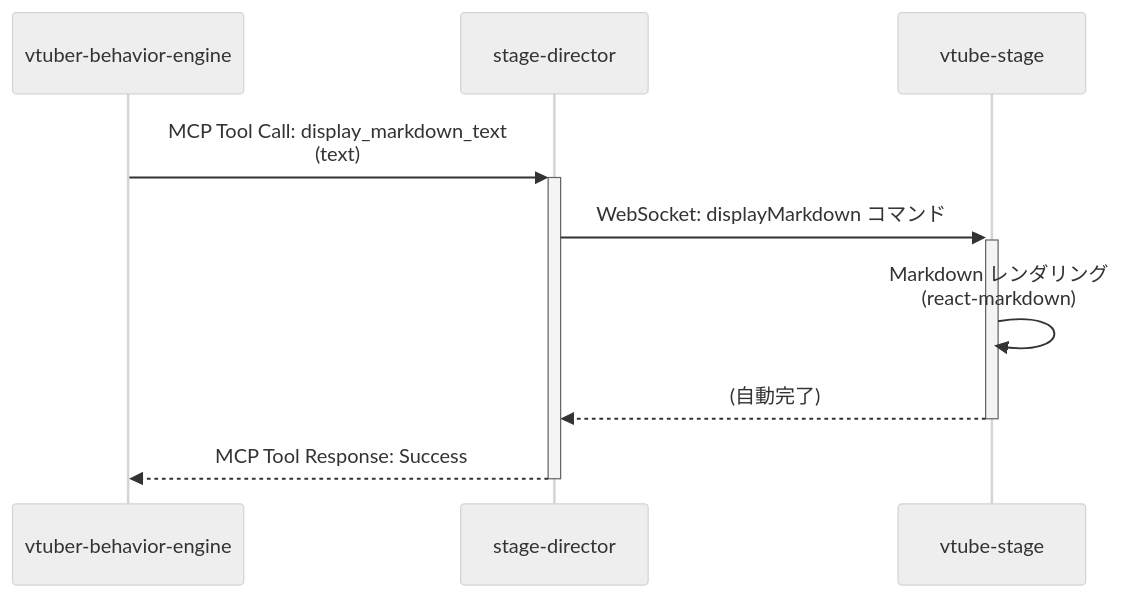
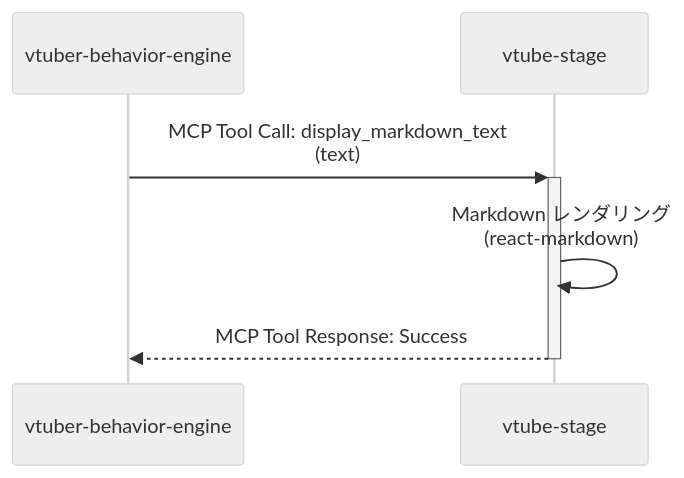
Before and after one commit to LongbowXXX/ai-tuber: the third of 3 diagrams in docs/architecture/key-flows.md, drawn with Mermaid (neutral theme). The commit also changed other lines of this file and 117 other files, not shown here.

Commit message:
feat: replace stage director with electron stage

````diff
--- a/docs/architecture/key-flows.md
+++ b/docs/architecture/key-flows.md
@@ -80,12 +70,9 @@
 ```mermaid
 sequenceDiagram
     participant VBE as vtuber-behavior-engine
-    participant SD as stage-director
     participant VS as vtube-stage
 
-    VBE ->>+ SD: MCP Tool Call: display_markdown_text<br/>(text)
-    SD ->>+ VS: WebSocket: displayMarkdown コマンド
+    VBE ->>+ VS: MCP Tool Call: display_markdown_text<br/>(text)
     VS ->> VS: Markdown レンダリング<br/>(react-markdown)
-    VS -->>- SD: (自動完了)
-    SD -->>- VBE: MCP Tool Response: Success
+    VS -->>- VBE: MCP Tool Response: Success
 ```
````
